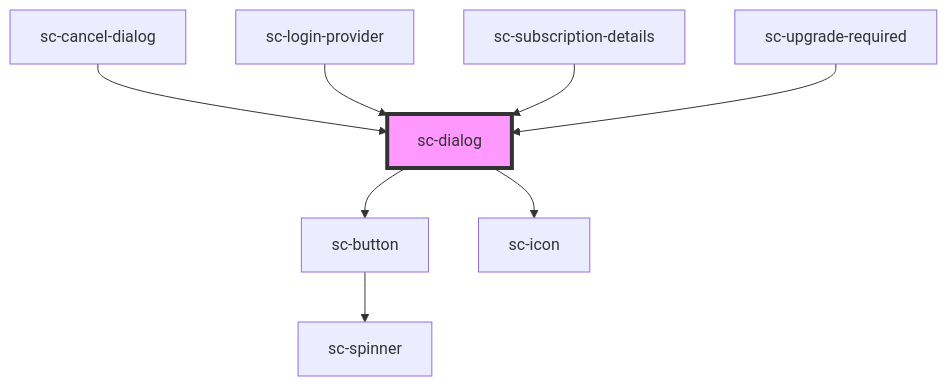
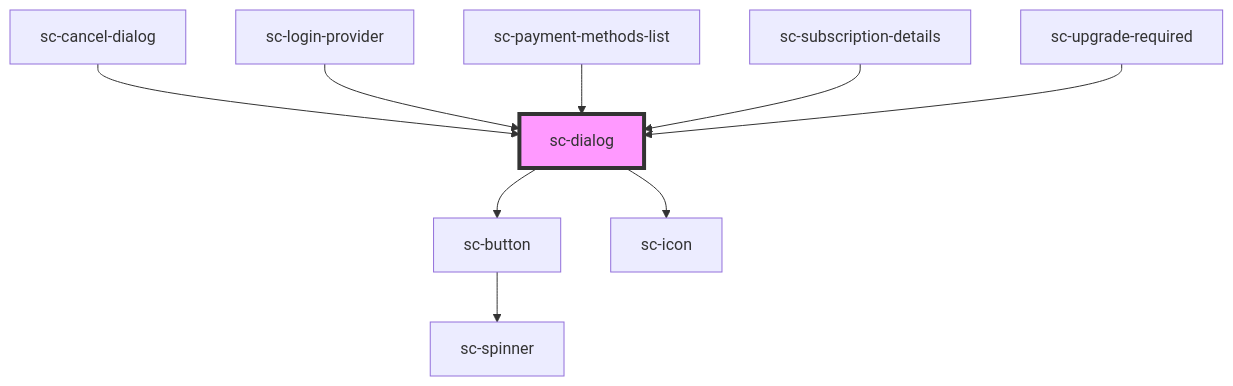
The diagram in packages/components/src/components/ui/sc-dialog/readme.md (surecart/surecart-wp-plugin), drawn with Mermaid before and after one commit. The commit also changed other lines of this file and 7 other files, not shown here.

````diff
--- a/packages/components/src/components/ui/sc-dialog/readme.md
+++ b/packages/components/src/components/ui/sc-dialog/readme.md
@@ -58,11 +59,12 @@
 ```mermaid
 graph TD;
   sc-dialog --> sc-button
   sc-dialog --> sc-icon
   sc-button --> sc-spinner
   sc-cancel-dialog --> sc-dialog
   sc-login-provider --> sc-dialog
+  sc-payment-methods-list --> sc-dialog
   sc-subscription-details --> sc-dialog
   sc-upgrade-required --> sc-dialog
   style sc-dialog fill:#f9f,stroke:#333,stroke-width:4px
 ```
````
